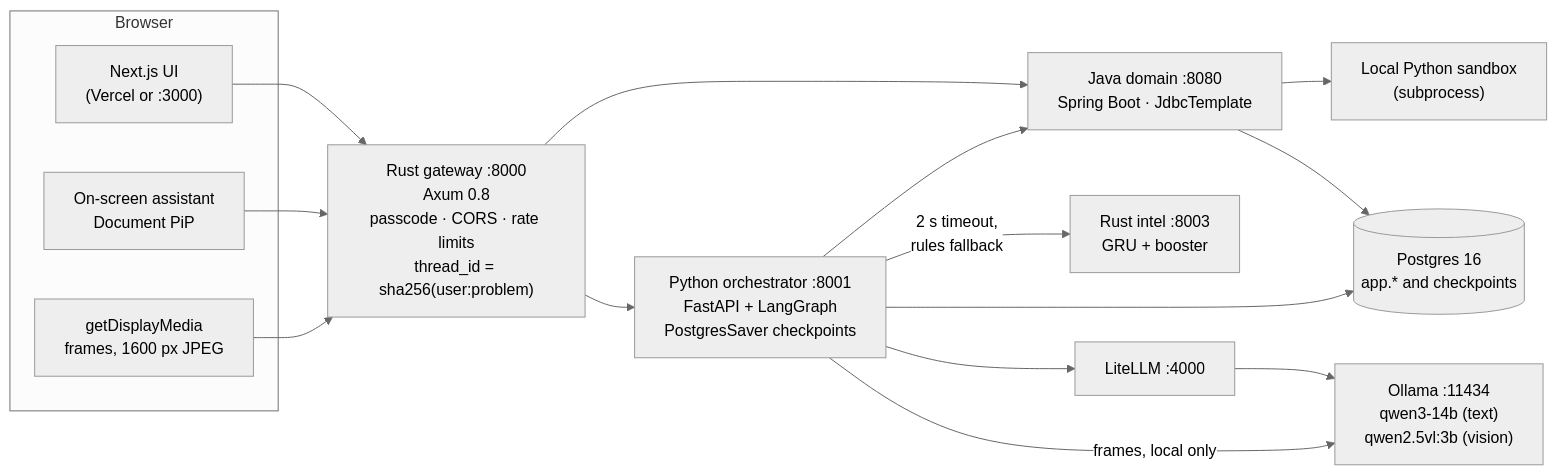
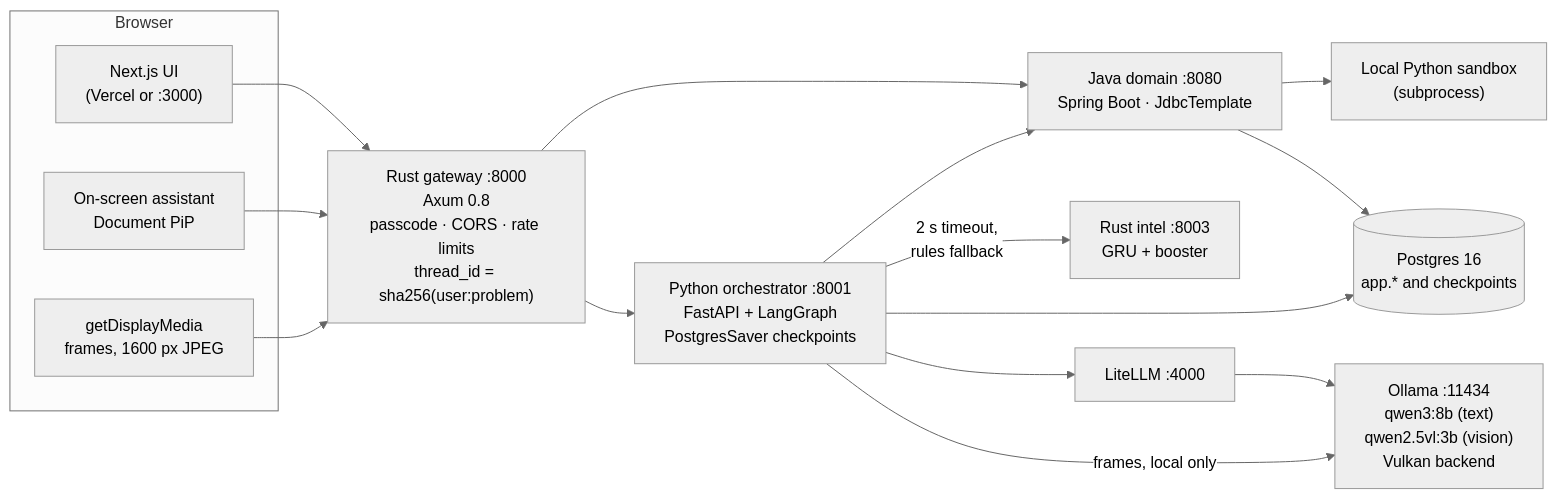
The first of 6 diagrams in README.md (SachmanChadhaa/Logi_Stream), drawn with Mermaid (neutral theme) before and after one commit. The commit also changed other lines of this file and 9 other files, not shown here.

First line of the commit message:
Fix local models on 8 GB GPUs: Vulkan backend, qwen3:8b text model

````diff
--- a/README.md
+++ b/README.md
@@ -75,21 +75,21 @@
 ```mermaid
 flowchart LR
     subgraph Browser
         UI["Next.js UI<br/>(Vercel or :3000)"]
         PIP["On-screen assistant<br/>Document PiP"]
         CAP["getDisplayMedia<br/>frames, 1600 px JPEG"]
     end
     UI --> GW
     PIP --> GW
     CAP --> GW
     GW["Rust gateway :8000<br/>Axum 0.8<br/>passcode · CORS · rate limits<br/>thread_id = sha256(user:problem)"]
     GW --> ORCH["Python orchestrator :8001<br/>FastAPI + LangGraph<br/>PostgresSaver checkpoints"]
     GW --> DOM["Java domain :8080<br/>Spring Boot · JdbcTemplate"]
     ORCH --> DOM
     ORCH -->|"2 s timeout,<br/>rules fallback"| INTEL["Rust intel :8003<br/>GRU + booster"]
-    ORCH --> LLM["LiteLLM :4000"] --> OLL["Ollama :11434<br/>qwen3-14b (text)<br/>qwen2.5vl:3b (vision)"]
+    ORCH --> LLM["LiteLLM :4000"] --> OLL["Ollama :11434<br/>qwen3:8b (text)<br/>qwen2.5vl:3b (vision)<br/>Vulkan backend"]
     ORCH -->|frames, local only| OLL
     DOM --> SBX["Local Python sandbox<br/>(subprocess)"]
     DOM --> PG[("Postgres 16<br/>app.* and checkpoints")]
     ORCH --> PG
 ```
````
